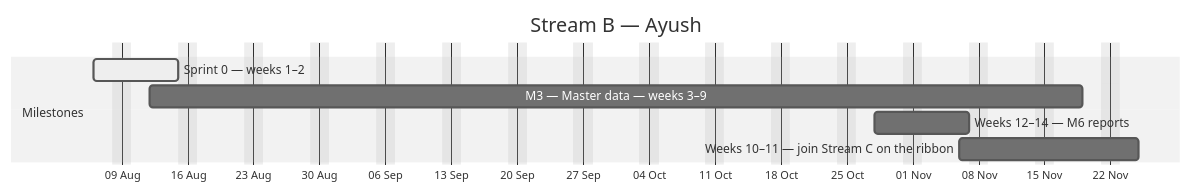
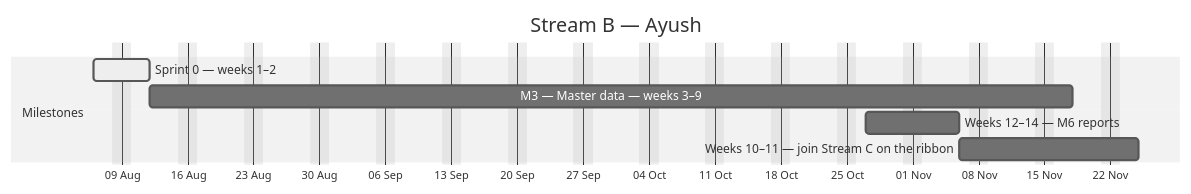
Before and after one commit to debashisedunext/EduTrack: the second of 4 diagrams in docs/plan/GANTT.md, drawn with Mermaid (neutral theme). The commit also changed other lines of this file and 3 other files, not shown here.

````diff
--- a/docs/plan/GANTT.md
+++ b/docs/plan/GANTT.md
@@ -142,12 +141,12 @@
 ```mermaid
 gantt
     dateFormat YYYY-MM-DD
     axisFormat %d %b
     title Stream B — Ayush
     excludes weekends
     section Milestones
-    Sprint 0 — weeks 1–2 :active, b0, 2026-08-06, 7d
-    M3 — Master data — weeks 3–9 :b1, 2026-08-12, 71d
-    Weeks 12–14 — M6 reports :b2, 2026-10-28, 8d
+    Sprint 0 — weeks 1–2 :active, b0, 2026-08-06, 4d
+    M3 — Master data — weeks 3–9 :b1, 2026-08-12, 70d
+    Weeks 12–14 — M6 reports :b2, 2026-10-27, 8d
     Weeks 10–11 — join Stream C on the ribbon :b3, 2026-11-06, 13d
 ```
````
